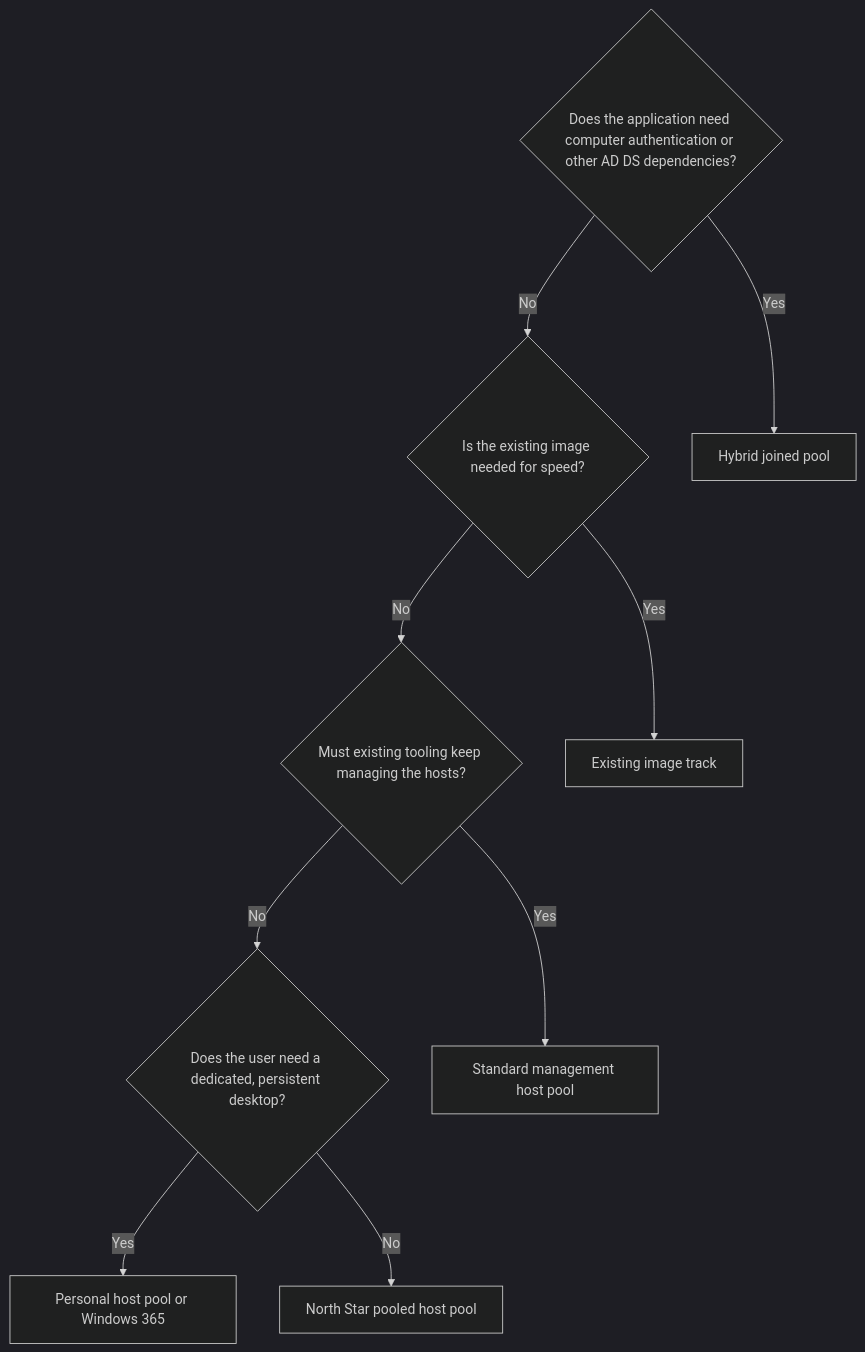
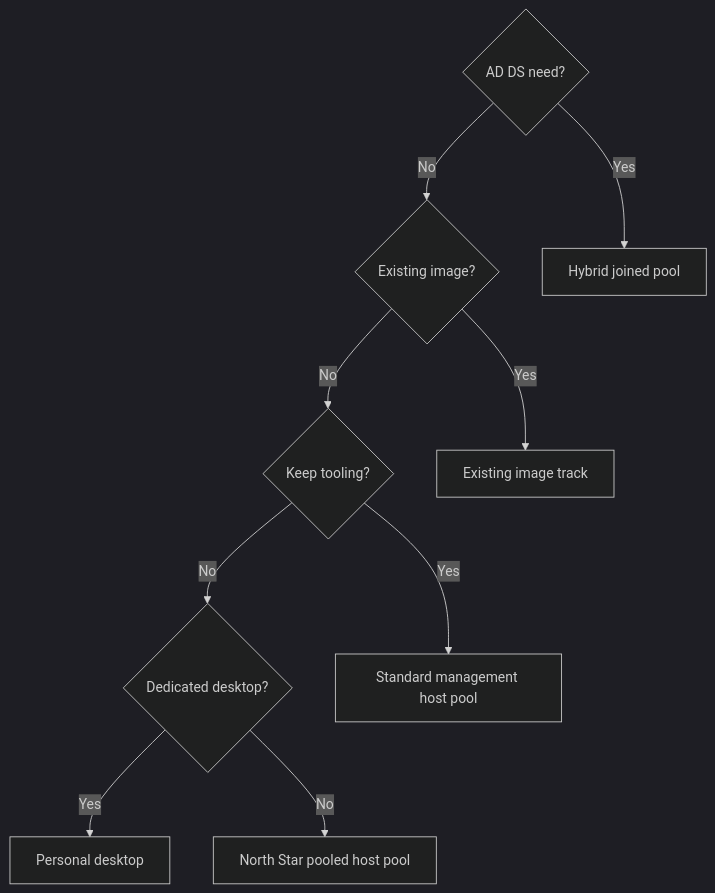
Before and after one commit to marckean/AVD-Reference_Architecture: the diagram in docs/getting-there/stepping-stones.md, drawn with Mermaid (dark theme). The commit also changed other lines of this file and 125 other files, not shown here.

````diff
--- a/docs/getting-there/stepping-stones.md
+++ b/docs/getting-there/stepping-stones.md
@@ -16,20 +21,20 @@
 ```mermaid
 flowchart TB
-    Q1{"Does the application need computer authentication or other AD DS dependencies?"}
-    Q2{"Is the existing image needed for speed?"}
-    Q3{"Must existing tooling keep managing the hosts?"}
-    Q4{"Does the user need a dedicated, persistent desktop?"}
+    Q1{"AD DS need?"}
+    Q2{"Existing image?"}
+    Q3{"Keep tooling?"}
+    Q4{"Dedicated desktop?"}
     NS["North Star pooled host pool"]
     S1["Hybrid joined pool"]
     S2["Existing image track"]
     S3["Standard management host pool"]
-    S4["Personal host pool or Windows 365"]
-    Q1 -- "Yes" --> S1
-    Q1 -- "No" --> Q2
-    Q2 -- "Yes" --> S2
-    Q2 -- "No" --> Q3
-    Q3 -- "Yes" --> S3
-    Q3 -- "No" --> Q4
-    Q4 -- "Yes" --> S4
-    Q4 -- "No" --> NS
+    S4["Personal desktop"]
+    Q1 -->|Yes| S1
+    Q1 -->|No| Q2
+    Q2 -->|Yes| S2
+    Q2 -->|No| Q3
+    Q3 -->|Yes| S3
+    Q3 -->|No| Q4
+    Q4 -->|Yes| S4
+    Q4 -->|No| NS
 ```
````
